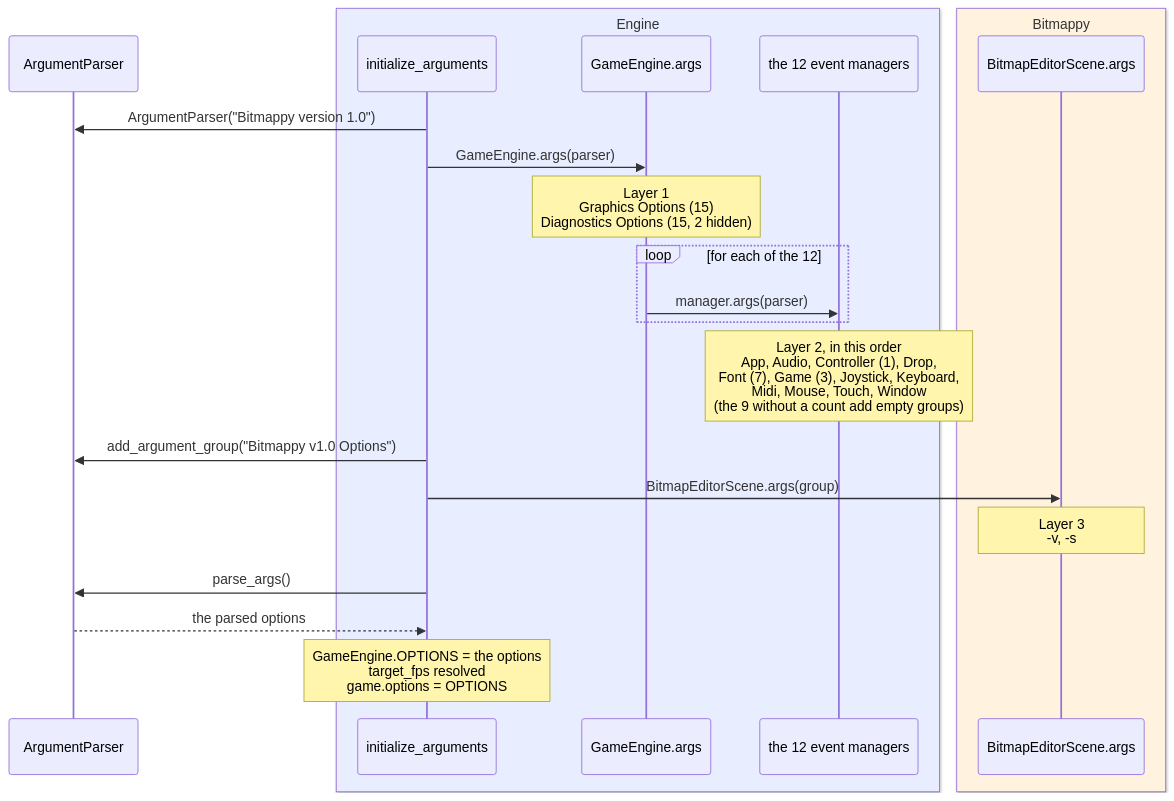
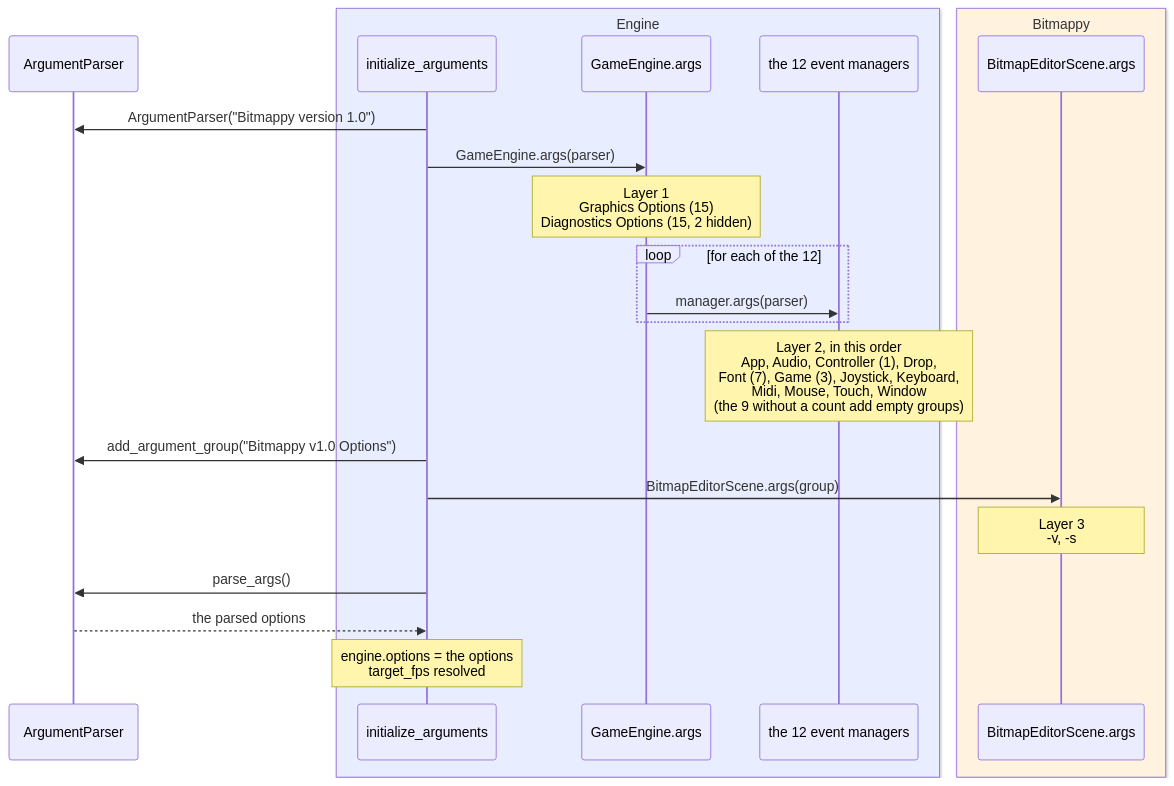
The first of 4 diagrams in docs/architecture/argument_system.md (terrysimons/glitchygames), drawn with Mermaid before and after one commit. The commit also changed other lines of this file and 26 other files, not shown here.

````diff
--- a/docs/architecture/argument_system.md
+++ b/docs/architecture/argument_system.md
@@ -14,26 +14,26 @@
 ```mermaid
 sequenceDiagram
     participant PARSER as ArgumentParser
     box rgb(232,238,255) Engine
     participant INIT as initialize_arguments
     participant ENGINE as GameEngine.args
     participant MANAGERS as the 12 event managers
     end
     box rgb(255,243,224) Bitmappy
     participant GAME as BitmapEditorScene.args
     end
 
     INIT->>PARSER: ArgumentParser("Bitmappy version 1.0")
     INIT->>ENGINE: GameEngine.args(parser)
     Note over ENGINE: Layer 1<br/>Graphics Options (15)<br/>Diagnostics Options (15, 2 hidden)
     loop for each of the 12
         ENGINE->>MANAGERS: manager.args(parser)
     end
     Note over MANAGERS: Layer 2, in this order<br/>App, Audio, Controller (1), Drop,<br/>Font (7), Game (3), Joystick, Keyboard,<br/>Midi, Mouse, Touch, Window<br/>(the 9 without a count add empty groups)
     INIT->>PARSER: add_argument_group("Bitmappy v1.0 Options")
     INIT->>GAME: BitmapEditorScene.args(group)
     Note over GAME: Layer 3<br/>-v, -s
     INIT->>PARSER: parse_args()
     PARSER-->>INIT: the parsed options
-    Note over INIT: GameEngine.OPTIONS = the options<br/>target_fps resolved<br/>game.options = OPTIONS
+    Note over INIT: engine.options = the options<br/>target_fps resolved
 ```
````
